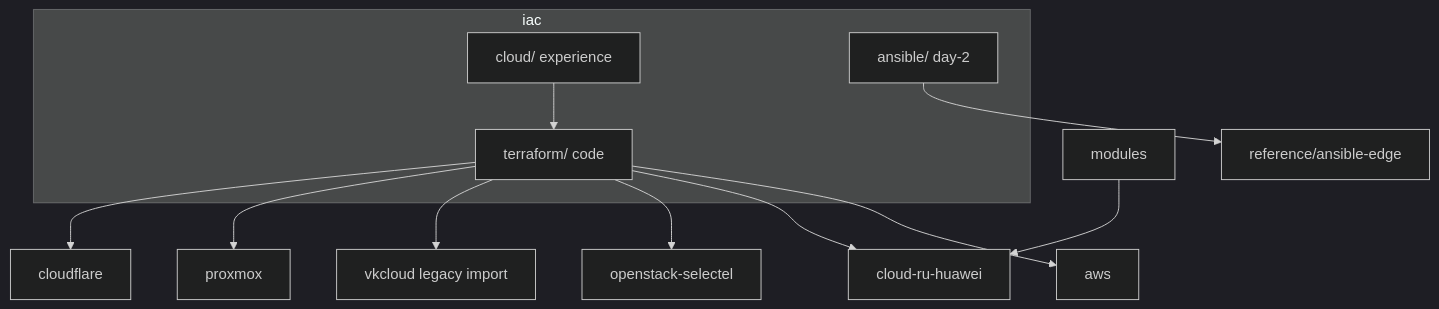
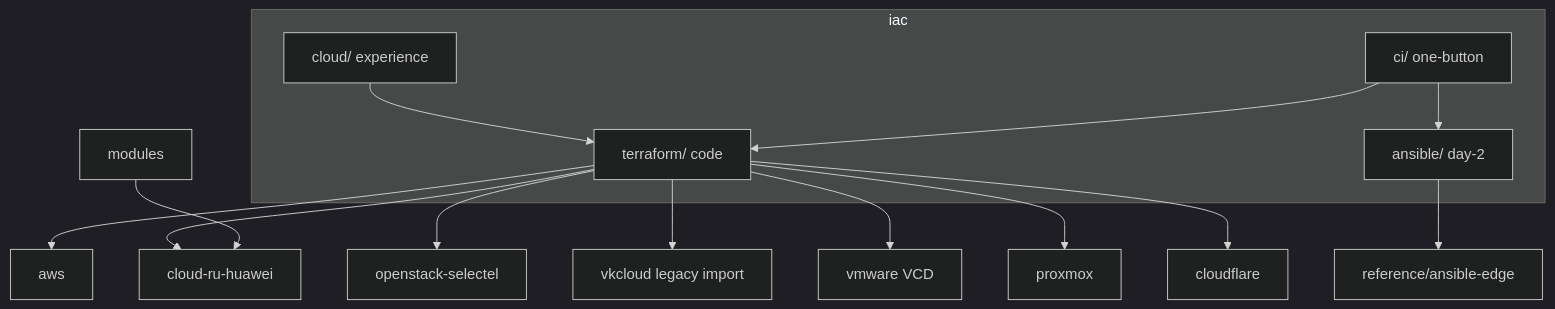
Before and after one commit to NarberallGamma/narberall-platform-engineer-lab: the second of 4 diagrams in README.md, drawn with Mermaid (dark theme). The commit also changed other lines of this file and 53 other files, not shown here.

First line of the commit message:
Add VMware VCD greenfield slice and a CI catalog for turnkey delivery.

````diff
--- a/README.md
+++ b/README.md
@@ -228,17 +234,21 @@
 ```mermaid
 flowchart TB
   subgraph iac [iac]
     Cloud[cloud/ experience]
     TF[terraform/ code]
     ANS[ansible/ day-2]
+    CI[ci/ one-button]
   end
   Cloud --> TF
   ANS --> RefA[reference/ansible-edge]
+  CI --> TF
+  CI --> ANS
   TF --> AWS[aws]
   TF --> CR[cloud-ru-huawei]
   TF --> OS[openstack-selectel]
   TF --> VK[vkcloud legacy import]
+  TF --> VMw[vmware VCD]
   TF --> PX[proxmox]
   TF --> CF[cloudflare]
   Mods[modules] --> CR
 ```
````
